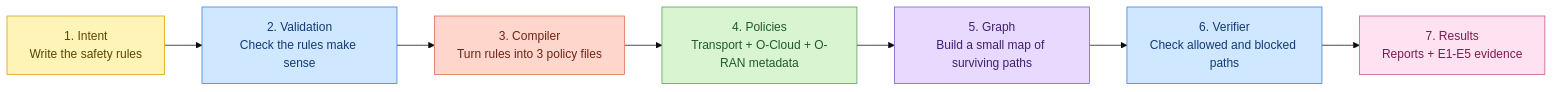
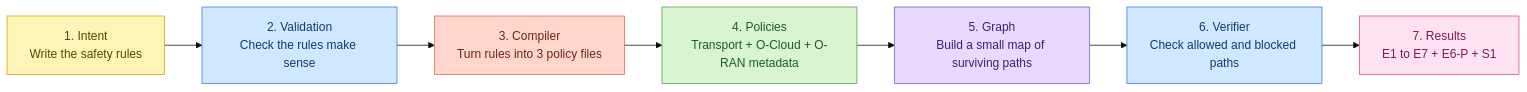
One commit to maplefoxgit/minor-thesis changed the first of 2 diagrams in examples/hospital-example/README.md. Above: the diagram before and after it, drawn with Mermaid (base theme). The commit also changed other lines of this file and 8 other files, not shown here.

````diff
--- a/examples/hospital-example/README.md
+++ b/examples/hospital-example/README.md
@@ -46,19 +46,19 @@
 ```mermaid
 flowchart LR
     Intent["1. Intent<br/>Write the safety rules"]:::intent
     Validate["2. Validation<br/>Check the rules make sense"]:::check
     Compile["3. Compiler<br/>Turn rules into 3 policy files"]:::build
     Policies["4. Policies<br/>Transport + O-Cloud + O-RAN metadata"]:::files
     PathGraph["5. Graph<br/>Build a small map of surviving paths"]:::graphStep
     Verify["6. Verifier<br/>Check allowed and blocked paths"]:::check
-    Results["7. Results<br/>Reports + E1-E5 evidence"]:::result
+    Results["7. Results<br/>E1 to E7 + E6-P + S1"]:::result
 
     Intent --> Validate --> Compile --> Policies --> PathGraph --> Verify --> Results
 
     classDef intent fill:#fff4b8,stroke:#d4a000,color:#5c4500;
     classDef check fill:#cfe8ff,stroke:#3c78d8,color:#123a73;
     classDef build fill:#ffd6cc,stroke:#d96c4f,color:#6b2617;
     classDef files fill:#d8f5d0,stroke:#4d9b57,color:#1f5b2a;
     classDef graphStep fill:#e7d9ff,stroke:#7a57c2,color:#40206e;
     classDef result fill:#ffe2f1,stroke:#cc4c8a,color:#7a1c4d;
 ```
````
